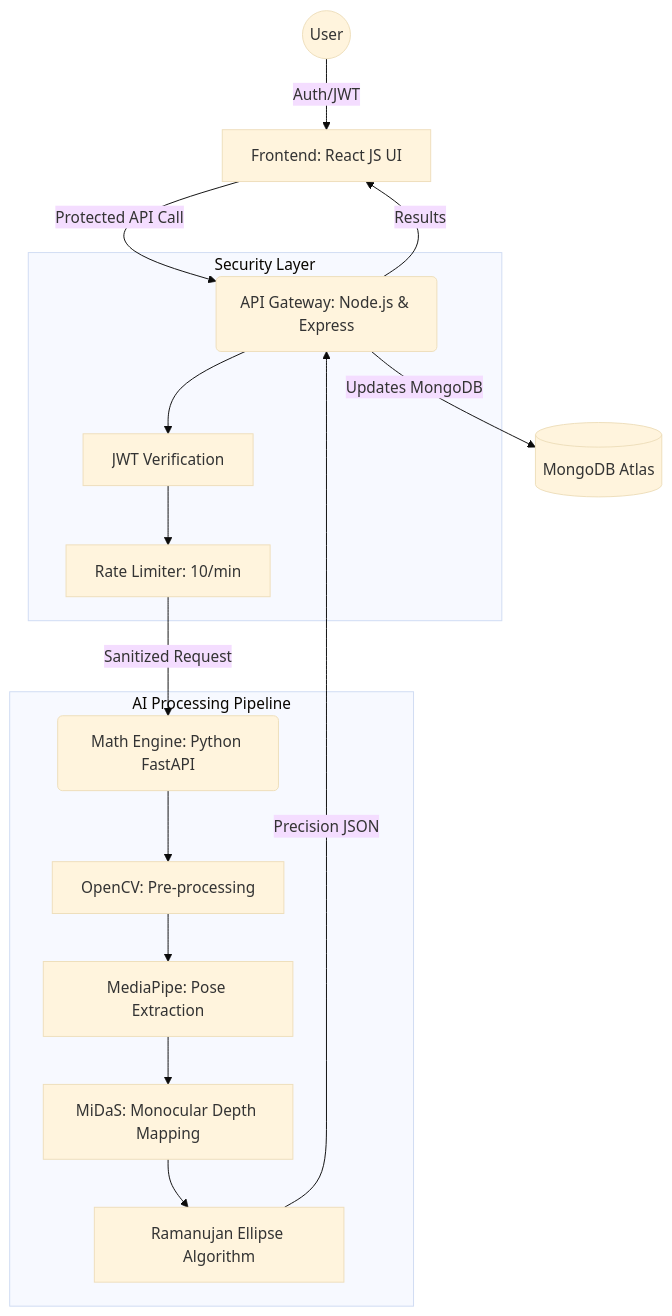
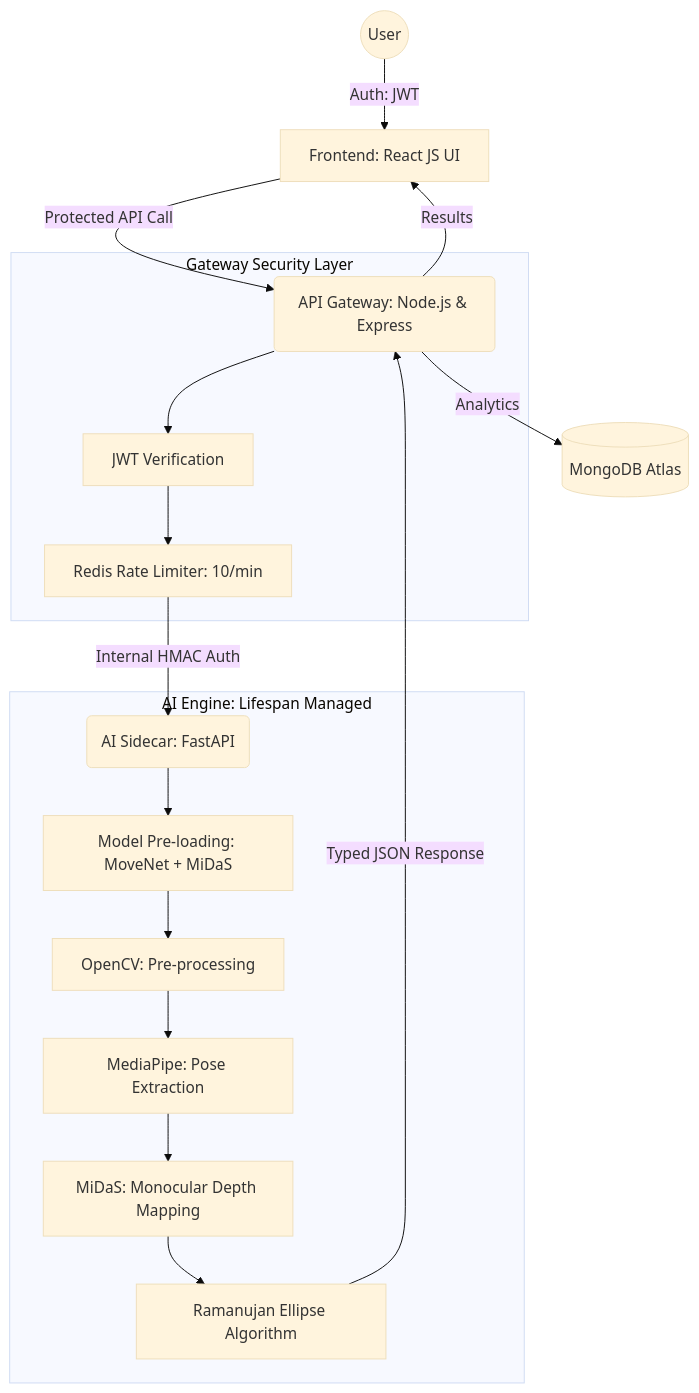
The first of 2 diagrams in README.md (quantumNexus0/AI_Body_Measurement_System_for_Fashion_Technology), drawn with Mermaid (base theme) before and after one commit. The commit also changed other lines of this file, not shown here.

Commit message:
docs: formalize sidecar architecture and internal security in README

````diff
--- a/README.md
+++ b/README.md
@@ -65,23 +65,24 @@
 ```mermaid
 graph TD
-    User((User)) -->|Auth/JWT| UI[Frontend: React JS UI]
+    User((User)) -->|Auth: JWT| UI[Frontend: React JS UI]
     UI -->|Protected API Call| Node(API Gateway: Node.js & Express)
     
-    subgraph Security Layer
-        Node --> Auth[JWT Verification]
-        Auth --> Limit[Rate Limiter: 10/min]
+    subgraph Gateway Security Layer
+        Node --> JWT[JWT Verification]
+        JWT --> RL[Redis Rate Limiter: 10/min]
     end
     
-    Limit -->|Sanitized Request| Python(Math Engine: Python FastAPI)
+    RL -->|Internal HMAC Auth| Python(AI Sidecar: FastAPI)
     
-    subgraph AI Processing Pipeline
-        Python --> CV[OpenCV: Pre-processing]
+    subgraph AI Engine: Lifespan Managed
+        Python --> Pre[Model Pre-loading: MoveNet + MiDaS]
+        Pre --> CV[OpenCV: Pre-processing]
         CV --> MP[MediaPipe: Pose Extraction]
         MP --> Depth[MiDaS: Monocular Depth Mapping]
         Depth --> Math[Ramanujan Ellipse Algorithm]
     end
     
-    Math -->|Precision JSON| Node
-    Node -->|Updates MongoDB| DB[(MongoDB Atlas)]
+    Math -->|Typed JSON Response| Node
     Node -->|Results| UI
+    Node -->|Analytics| DB[(MongoDB Atlas)]
 ```
````
